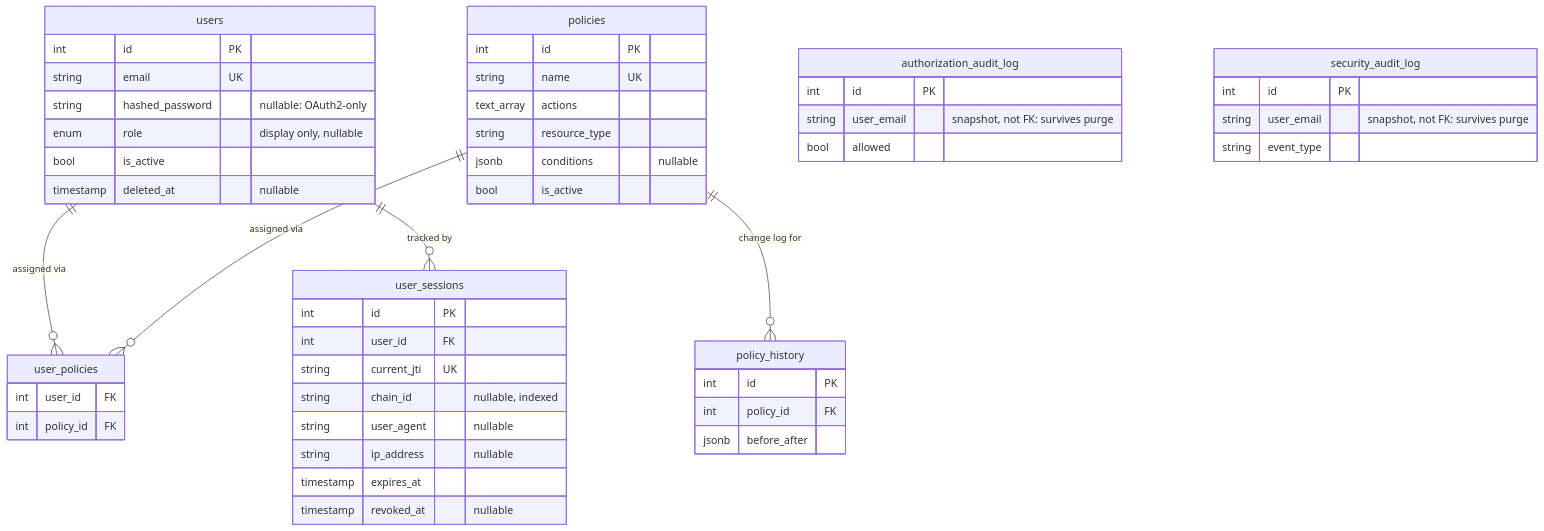
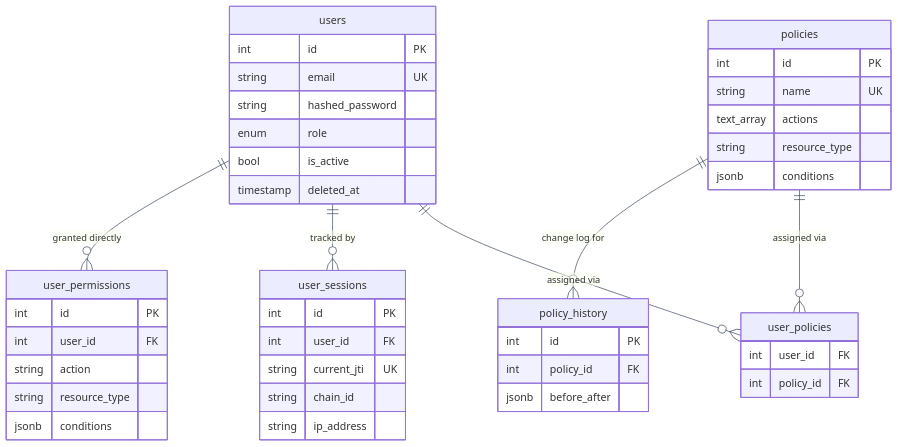
One commit to Nachiket-2024/balance_sheet_analysis changed the first of 2 diagrams in docs/mystic_auth/database/design.md. Above: the diagram before and after it, drawn with Mermaid. The commit also changed other lines of this file and 1793 other files, not shown here.

````diff
--- a/docs/mystic_auth/database/design.md
+++ b/docs/mystic_auth/database/design.md
@@ -5,53 +14,48 @@
 ```mermaid
+%%{init: {"er": {"fontSize": 18}, "themeVariables": {"lineColor": "#334155"}, "themeCSS": ".relationshipLine { stroke-width: 2px !important; }"} }%%
 erDiagram
-    users ||--o{ user_policies: "assigned via"
-    policies ||--o{ user_policies: "assigned via"
-    policies ||--o{ policy_history: "change log for"
-    users ||--o{ user_sessions: "tracked by"
+    users ||--o{ user_policies : "assigned via"
+    policies ||--o{ user_policies : "assigned via"
+    policies ||--o{ policy_history : "change log for"
+    users ||--o{ user_sessions : "tracked by"
+    users ||--o{ user_permissions : "granted directly"
 
     users {
         int id PK
         string email UK
-        string hashed_password "nullable: OAuth2-only"
-        enum role "display only, nullable"
+        string hashed_password
+        enum role
         bool is_active
-        timestamp deleted_at "nullable"
+        timestamp deleted_at
     }
     policies {
         int id PK
         string name UK
         text_array actions
         string resource_type
-        jsonb conditions "nullable"
-        bool is_active
+        jsonb conditions
     }
     user_policies {
         int user_id FK
         int policy_id FK
     }
     policy_history {
         int id PK
         int policy_id FK
         jsonb before_after
     }
-    authorization_audit_log {
-        int id PK
-        string user_email "snapshot, not FK: survives purge"
-        bool allowed
-    }
-    security_audit_log {
-        int id PK
-        string user_email "snapshot, not FK: survives purge"
-        string event_type
-    }
     user_sessions {
         int id PK
         int user_id FK
         string current_jti UK
-        string chain_id "nullable, indexed"
-        string user_agent "nullable"
-        string ip_address "nullable"
-        timestamp expires_at
-        timestamp revoked_at "nullable"
+        string chain_id
+        string ip_address
+    }
+    user_permissions {
+        int id PK
+        int user_id FK
+        string action
+        string resource_type
+        jsonb conditions
     }
 ```
````
